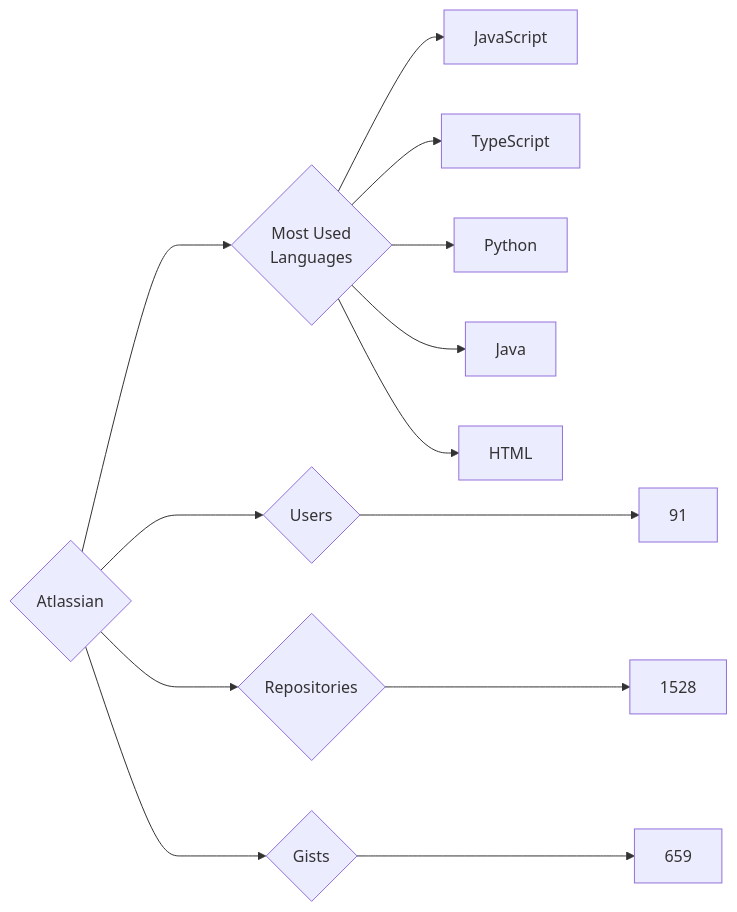
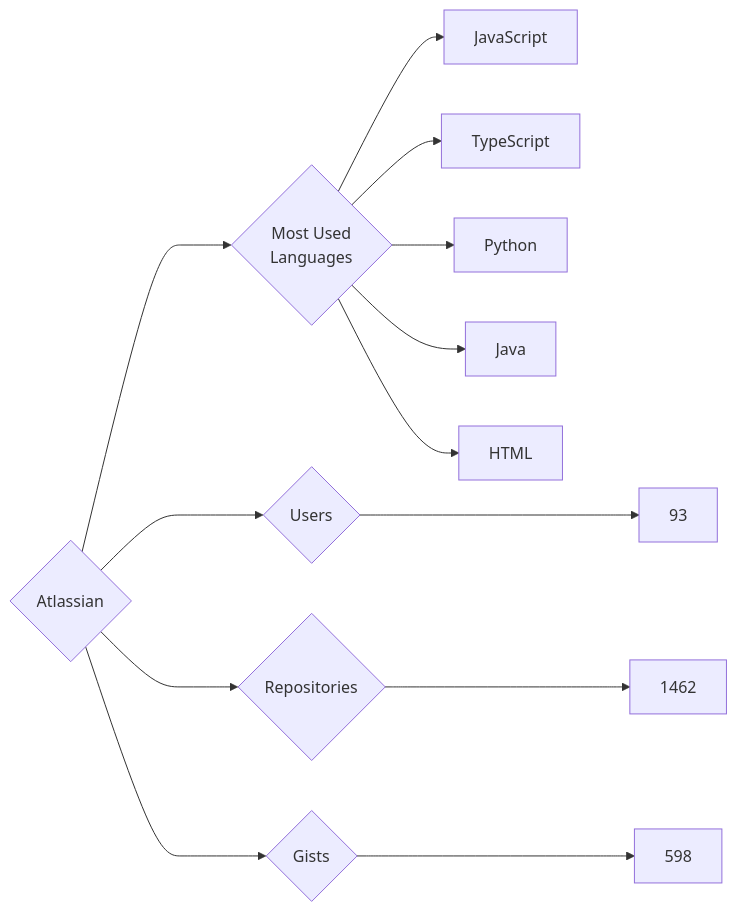
One commit to trickest/insiders changed the diagram in targets/Atlassian/README.md. Above: the diagram before and after it, drawn with Mermaid. The commit also changed 847 other files, not shown here.

````diff
--- a/targets/Atlassian/README.md
+++ b/targets/Atlassian/README.md
@@ -3,13 +3,13 @@
 ```mermaid
 graph LR
 COMPANY_NAME{Atlassian}
-COMPANY_NAME ---> U{Users} ---> UN[91]
-COMPANY_NAME ---> R{Repositories} ---> RN[1528]
-COMPANY_NAME ---> G{Gists} ---> GN[659]
+COMPANY_NAME ---> U{Users} ---> UN[93]
+COMPANY_NAME ---> R{Repositories} ---> RN[1462]
+COMPANY_NAME ---> G{Gists} ---> GN[598]
 COMPANY_NAME ---> ML{Most Used<br>Languages}
 ML --> JavaScript[JavaScript]
 ML --> TypeScript[TypeScript]
 ML --> Python[Python]
 ML --> Java[Java]
 ML --> HTML[HTML]
 ```
````
